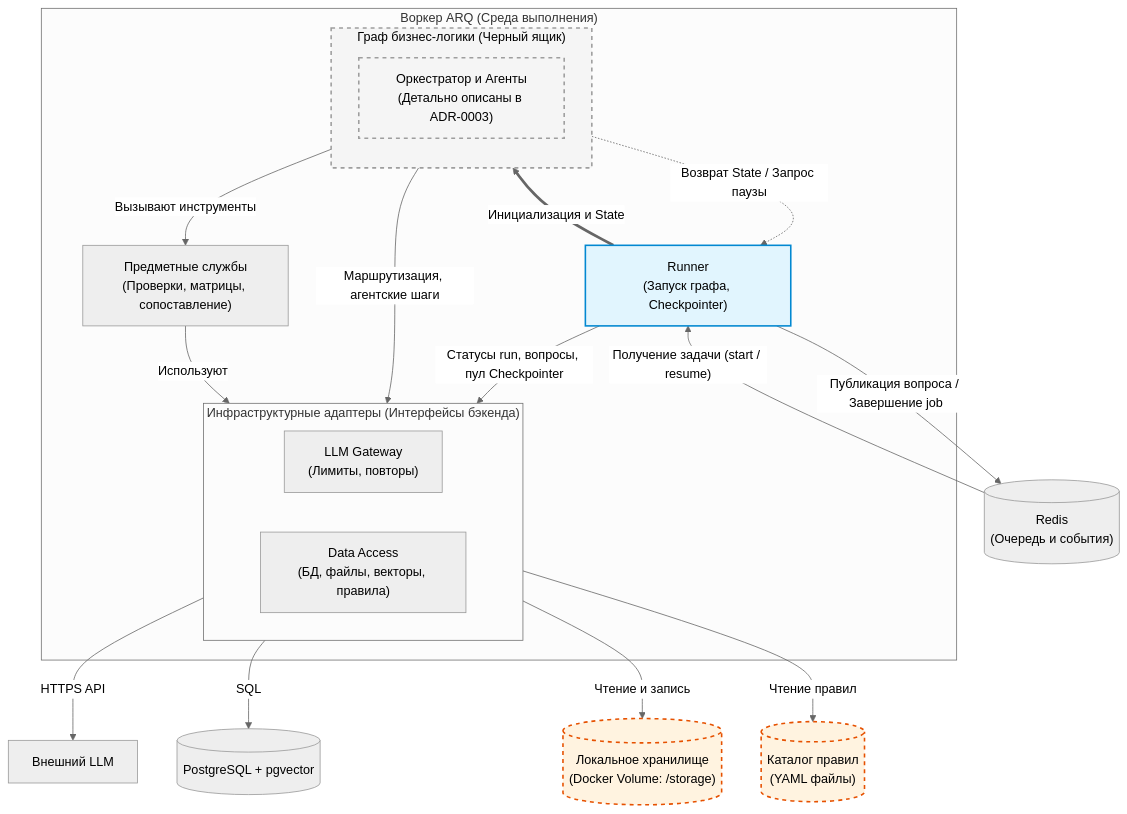
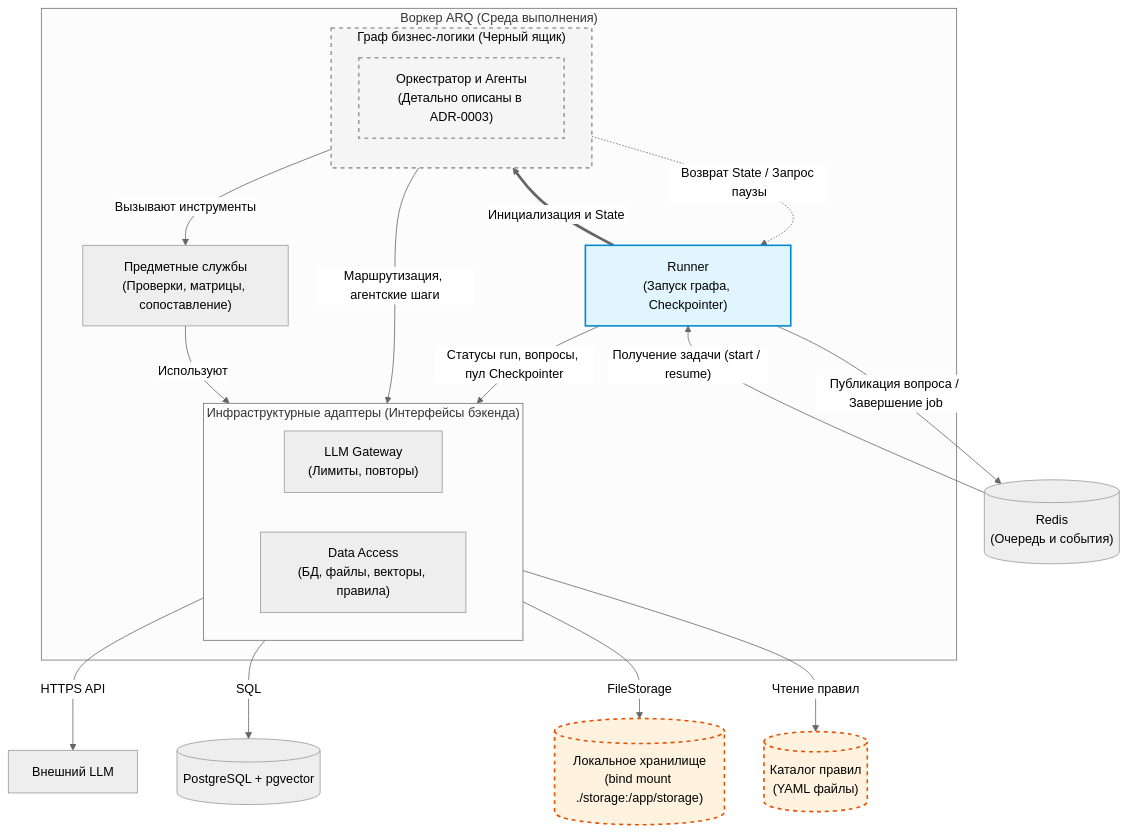
The third of 3 diagrams in docs/backend-architecture.md (citec-spbu/edu-doc-agent), drawn with Mermaid (neutral theme) before and after one commit. The commit also changed other lines of this file and 2 other files, not shown here.

Commit message:
docs: describe the local file storage contract

````diff
--- a/docs/backend-architecture.md
+++ b/docs/backend-architecture.md
@@ -111,53 +146,53 @@
 ```mermaid
 flowchart TB
     REDIS[("Redis<br/>(Очередь и события)")]
 
     subgraph Worker ["Воркер ARQ (Среда выполнения)"]
         RUNNER["Runner<br/>(Запуск графа, Checkpointer)"]
 
         subgraph GraphBox ["Граф бизнес-логики (Черный ящик)"]
             direction TB
             LOGIC["Оркестратор и Агенты<br/>(Детально описаны в ADR-0003)"]
         end
 
         SERVICES["Предметные службы<br/>(Проверки, матрицы, сопоставление)"]
 
         subgraph Shared ["Инфраструктурные адаптеры (Интерфейсы бэкенда)"]
             direction LR
             LLM_GATE["LLM Gateway<br/>(Лимиты, повторы)"]
             DAO["Data Access<br/>(БД, файлы, векторы, правила)"]
         end
 
         RUNNER ==>|Инициализация и State| GraphBox
         GraphBox -.->|Возврат State / Запрос паузы| RUNNER
 
         %% Связи графа с инфраструктурой и сервисами (Правка 5)
         GraphBox -->|Вызывают инструменты| SERVICES
         GraphBox -->|Маршрутизация, агентские шаги| LLM_GATE
 
         SERVICES -->|Используют| Shared
 
         %% Связь раннера с DAO (Правка 4)
         RUNNER -->|Статусы run, вопросы, пул Checkpointer| DAO
     end
 
     DB[("PostgreSQL + pgvector")]
-    FS[("Локальное хранилище<br/>(Docker Volume: /storage)")]
+    FS[("Локальное хранилище<br/>(bind mount ./storage:/app/storage)")]
     RULES[("Каталог правил<br/>(YAML файлы)")]
     LLM["Внешний LLM"]
 
     REDIS -->|"Получение задачи (start / resume)"| RUNNER
     RUNNER -->|Публикация вопроса / Завершение job| REDIS
 
     LLM_GATE -->|HTTPS API| LLM
     DAO -->|SQL| DB
-    DAO -->|Чтение и запись| FS
+    DAO -->|FileStorage| FS
     DAO -->|Чтение правил| RULES
 
     classDef runner fill:#e1f5fe,stroke:#0288d1,stroke-width:2px,color:#000;
     classDef logic fill:#f5f5f5,stroke:#9e9e9e,stroke-width:2px,stroke-dasharray: 5 5,color:#000;
     classDef files fill:#fff3e0,stroke:#e65100,stroke-width:2px,stroke-dasharray: 5 5,color:#000;
     class RUNNER runner;
     class GraphBox,LOGIC logic;
     class RULES,FS files;
 ```
````
